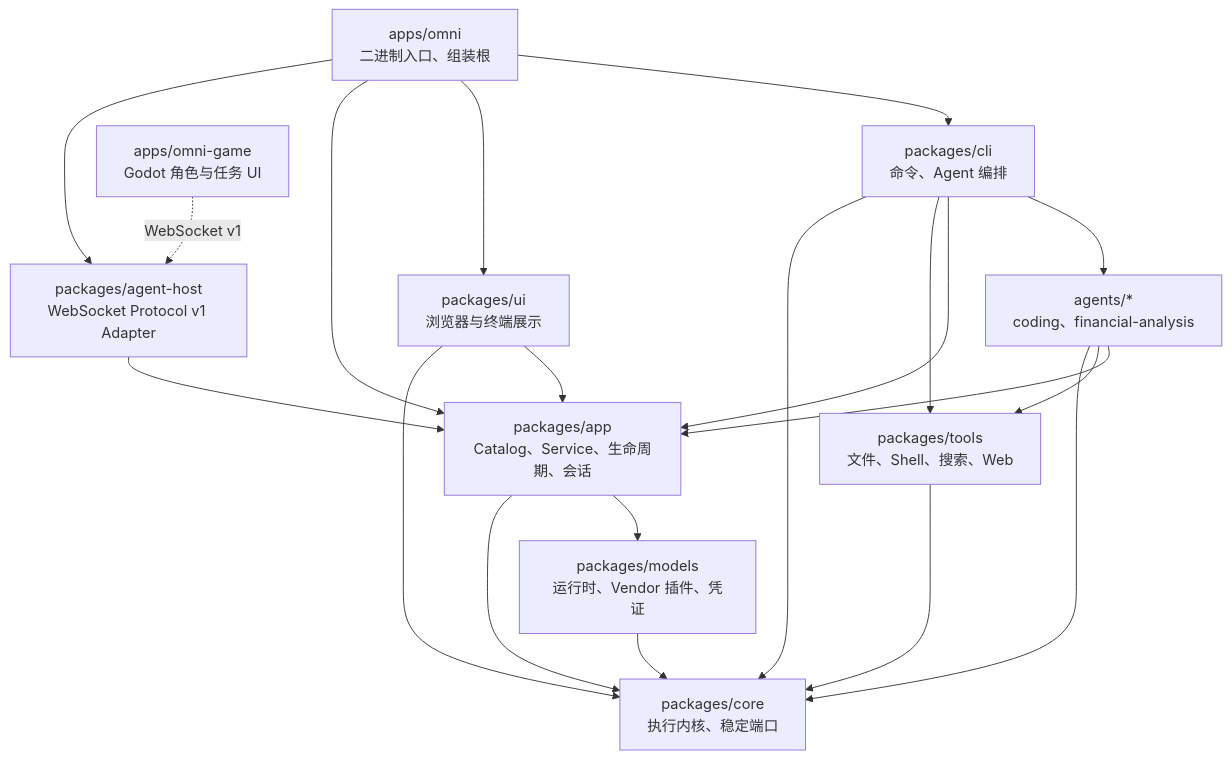
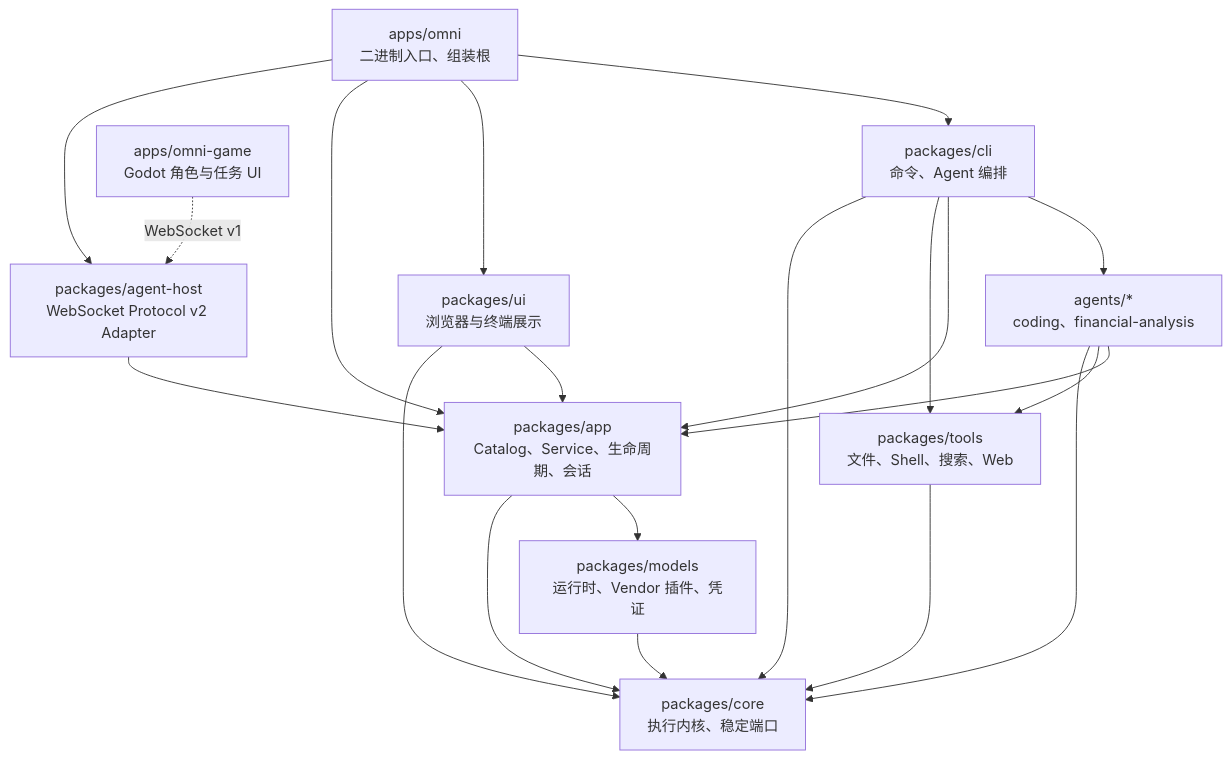
The diagram in README.zh.md (xdnloveme/omni-agent), drawn with Mermaid before and after one commit. The commit also changed other lines of this file and 208 other files, not shown here.

````diff
--- a/README.zh.md
+++ b/README.zh.md
@@ -530,33 +532,33 @@
 ```mermaid
 graph TD
     HOST["apps/omni<br/>二进制入口、组装根"]
     CLI["packages/cli<br/>命令、Agent 编排"]
     AGENTS["agents/*<br/>coding、financial-analysis"]
     APP["packages/app<br/>Catalog、Service、生命周期、会话"]
-    AGENT_HOST["packages/agent-host<br/>WebSocket Protocol v1 Adapter"]
+    AGENT_HOST["packages/agent-host<br/>WebSocket Protocol v2 Adapter"]
     GAME["apps/omni-game<br/>Godot 角色与任务 UI"]
     MODELS["packages/models<br/>运行时、Vendor 插件、凭证"]
     TOOLS["packages/tools<br/>文件、Shell、搜索、Web"]
     UI["packages/ui<br/>浏览器与终端展示"]
     CORE["packages/core<br/>执行内核、稳定端口"]
 
     HOST --> CLI
     HOST --> UI
     HOST --> APP
     HOST --> AGENT_HOST
     AGENT_HOST --> APP
     GAME -. "WebSocket v1" .-> AGENT_HOST
     CLI --> AGENTS
     CLI --> APP
     CLI --> TOOLS
     CLI --> CORE
     AGENTS --> APP
     AGENTS --> TOOLS
     UI --> APP
     UI --> CORE
     AGENTS --> CORE
     APP --> MODELS
     APP --> CORE
     MODELS --> CORE
     TOOLS --> CORE
 ```
````
